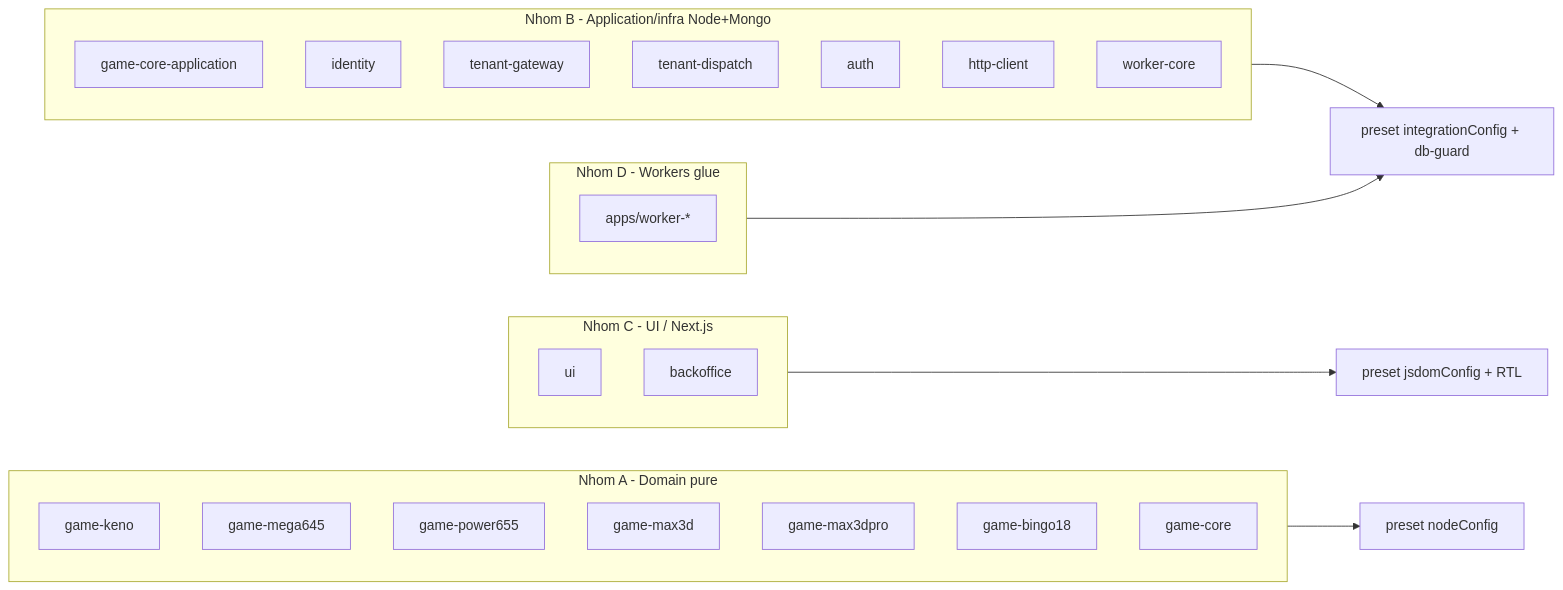
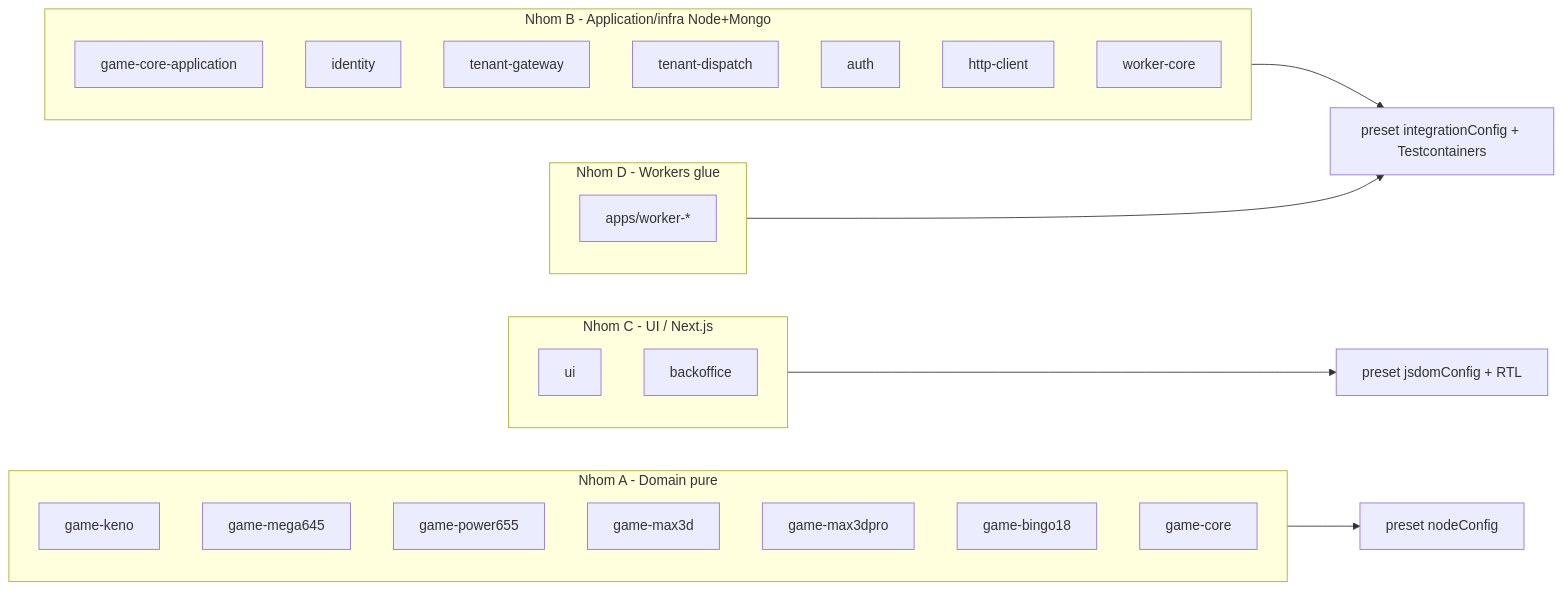
Before and after one commit to codeguru0x/megawin: the diagram in .cursor/plans/monorepo-test-setup/00-overview.md, drawn with Mermaid. The commit also changed other lines of this file and 2077 other files, not shown here.

````diff
--- a/.cursor/plans/monorepo-test-setup/00-overview.md
+++ b/.cursor/plans/monorepo-test-setup/00-overview.md
@@ -40,32 +44,32 @@
 ```mermaid
 flowchart LR
   subgraph NA [Nhom A - Domain pure]
     a1[game-keno]
     a2[game-mega645]
     a3[game-power655]
     a4[game-max3d]
     a5[game-max3dpro]
     a6[game-bingo18]
     a7[game-core]
   end
   subgraph NB [Nhom B - Application/infra Node+Mongo]
     b1[game-core-application]
     b2[identity]
     b3[tenant-gateway]
     b4[tenant-dispatch]
     b5[auth]
     b6[http-client]
     b7[worker-core]
   end
   subgraph NC [Nhom C - UI / Next.js]
     c1[ui]
     c2[backoffice]
   end
   subgraph ND [Nhom D - Workers glue]
     d1[apps/worker-*]
   end
   NA --> pNode[preset nodeConfig]
-  NB --> pInteg[preset integrationConfig + db-guard]
+  NB --> pInteg[preset integrationConfig + Testcontainers]
   NC --> pJsdom[preset jsdomConfig + RTL]
   ND --> pInteg
 ```
````
